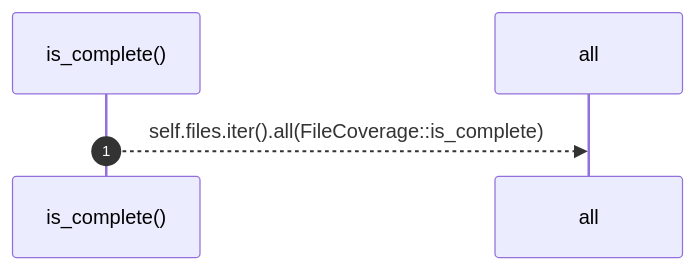
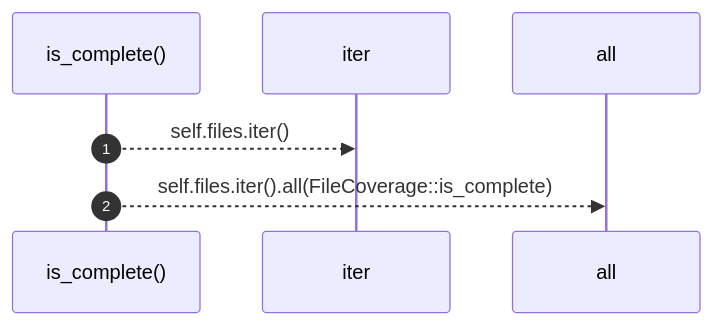
The first of 3 diagrams in docs/self-model/robby_ir/coverage/impl-coveragereport.md (RyanGuild/self-describing-code), drawn with Mermaid before and after one commit. The commit also changed other lines of this file and 1404 other files, not shown here.

````diff
--- a/docs/self-model/robby_ir/coverage/impl-coveragereport.md
+++ b/docs/self-model/robby_ir/coverage/impl-coveragereport.md
@@ -55,7 +71,9 @@
 ```mermaid
 sequenceDiagram
     autonumber
     participant is_complete as is_complete()
+    participant iter as iter
     participant all as all
+    is_complete-->>iter: self.files.iter()
     is_complete-->>all: self.files.iter().all(FileCoverage::is_complete)
 ```
````
